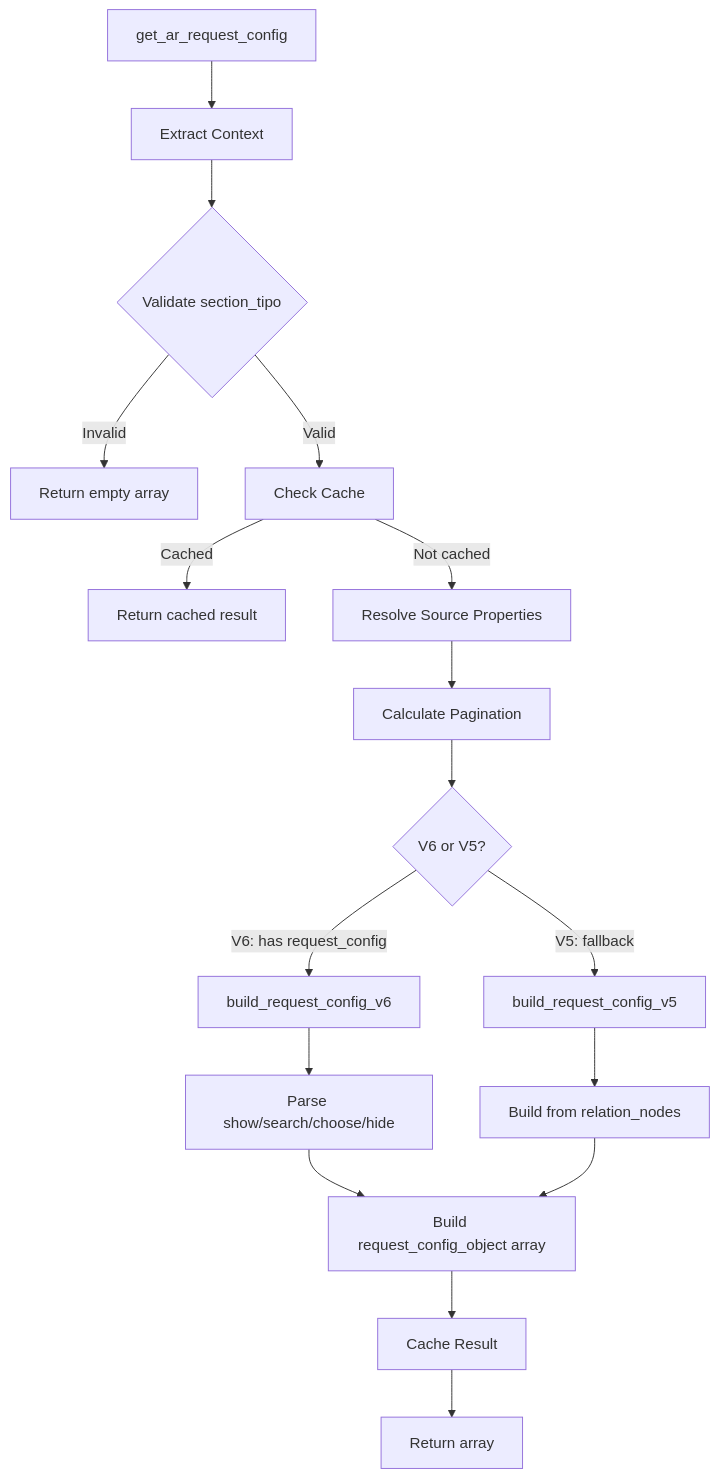
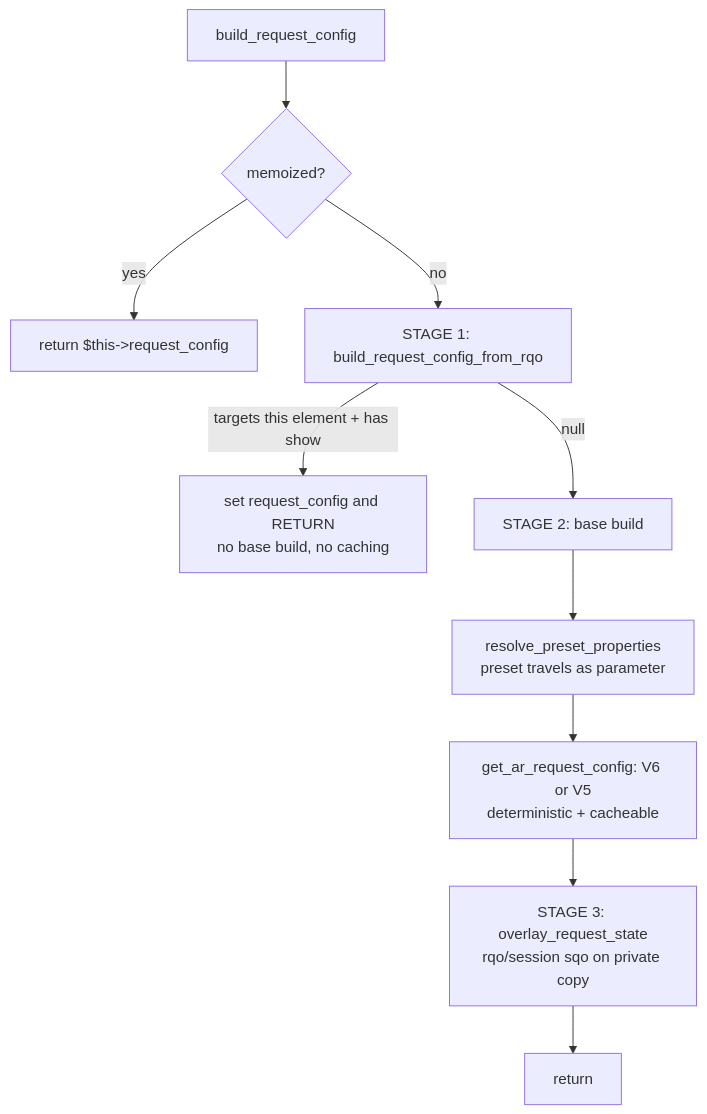
Before and after one commit to renderpci/dedalo: the diagram in docs/core/request_config.md, drawn with Mermaid. The commit also changed other lines of this file and 2 other files, not shown here.

Commit message:
docs: update `request_config` with revised architecture and trait responsibilities

````diff
--- a/docs/core/request_config.md
+++ b/docs/core/request_config.md
@@ -35,19 +102,12 @@
 ```mermaid
 flowchart TD
-    A[get_ar_request_config] --> B[Extract Context]
-    B --> C{Validate section_tipo}
-    C -->|Invalid| D[Return empty array]
-    C -->|Valid| E[Check Cache]
-    E -->|Cached| F[Return cached result]
-    E -->|Not cached| G[Resolve Source Properties]
-    G --> H[Calculate Pagination]
-    H --> I{V6 or V5?}
-    I -->|V6: has request_config| J[build_request_config_v6]
-    I -->|V5: fallback| K[build_request_config_v5]
-    J --> L[Parse show/search/choose/hide]
-    K --> M[Build from relation_nodes]
-    L --> N[Build request_config_object array]
-    M --> N
-    N --> O[Cache Result]
-    O --> P[Return array]
+    A[build_request_config] --> M{memoized?}
+    M -->|yes| R0[return $this->request_config]
+    M -->|no| S1[STAGE 1: build_request_config_from_rqo]
+    S1 -->|targets this element + has show| RR[set request_config and RETURN<br/>no base build, no caching]
+    S1 -->|null| S2[STAGE 2: base build]
+    S2 --> P[resolve_preset_properties<br/>preset travels as parameter]
+    P --> G[get_ar_request_config: V6 or V5<br/>deterministic + cacheable]
+    G --> S3[STAGE 3: overlay_request_state<br/>rqo/session sqo on private copy]
+    S3 --> R[return]
 ```
````
